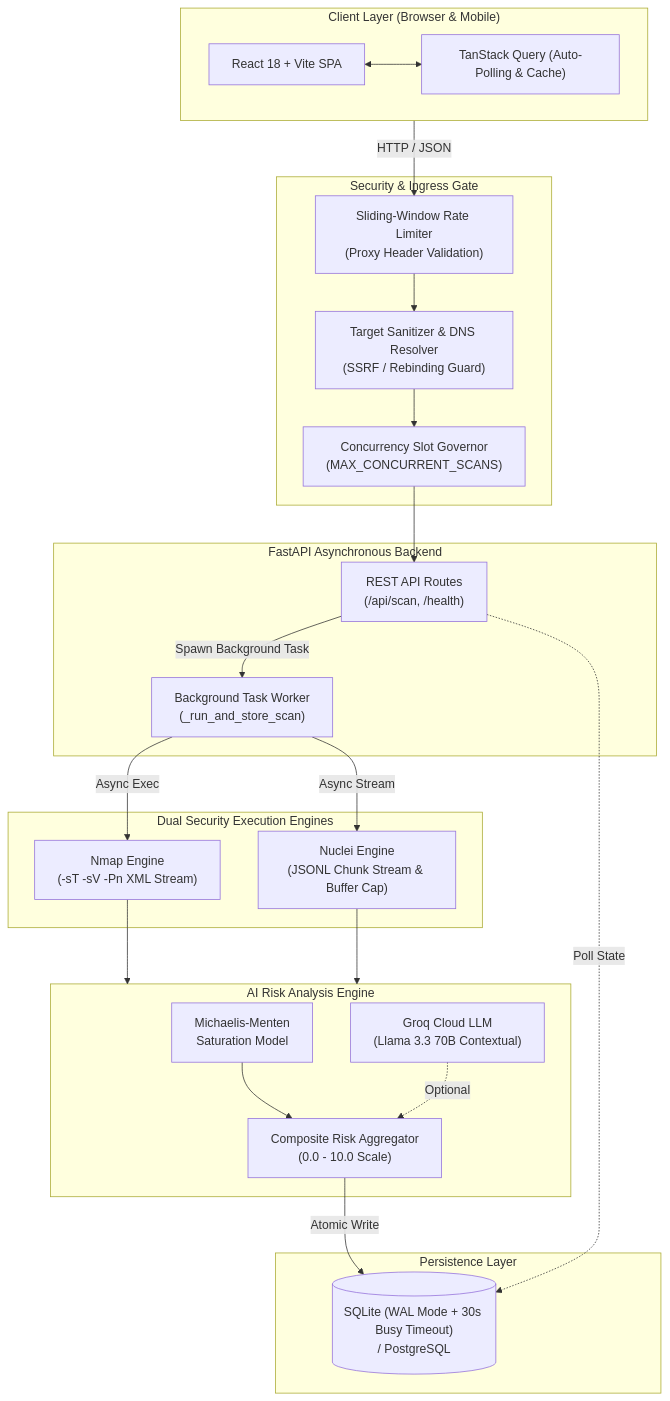
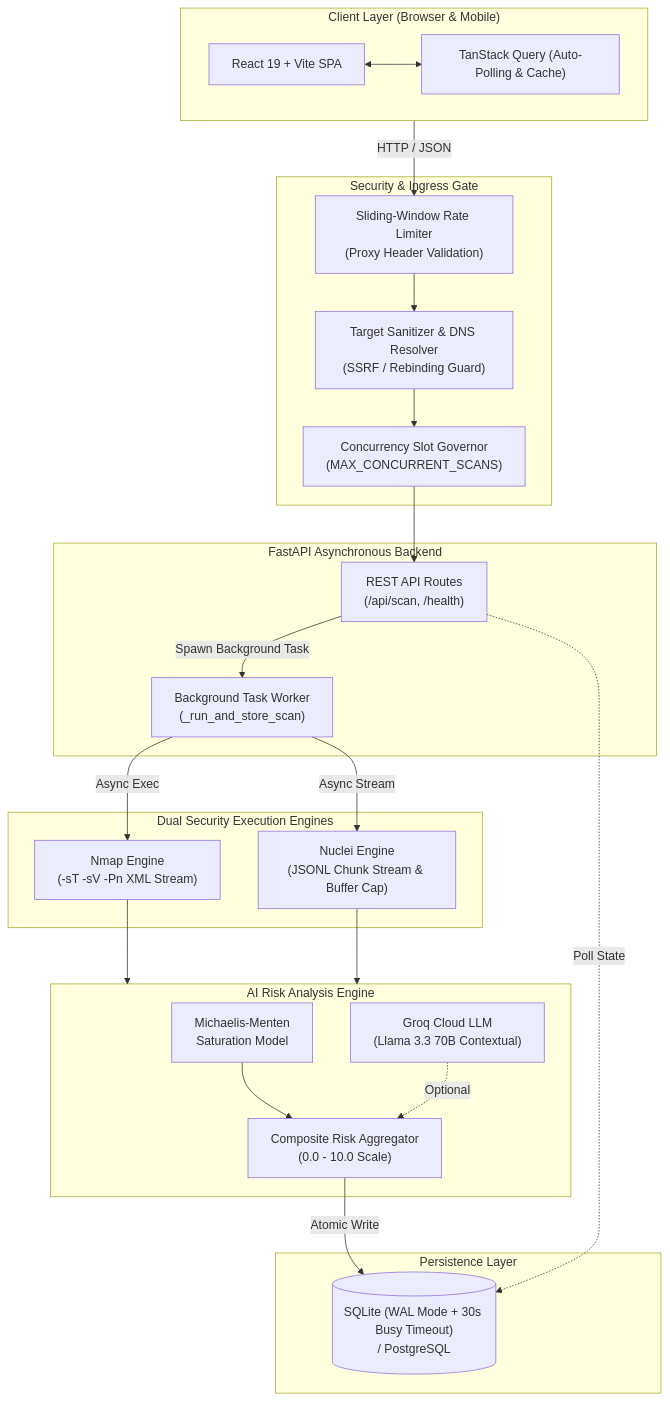
One commit to prithvi-01x/XenoraSec changed the first of 2 diagrams in README.md. Above: the diagram before and after it, drawn with Mermaid. The commit also changed other lines of this file, not shown here.

Commit message:
docs(readme): update React 19 version, test suite count, and container hardening notes

````diff
--- a/README.md
+++ b/README.md
@@ -59,48 +59,48 @@
 ```mermaid
 flowchart TB
     subgraph Client ["Client Layer (Browser & Mobile)"]
-        UI["React 18 + Vite SPA"]
+        UI["React 19 + Vite SPA"]
         TQ["TanStack Query (Auto-Polling & Cache)"]
         UI <--> TQ
     end
 
     subgraph SecurityGate ["Security & Ingress Gate"]
         RL["Sliding-Window Rate Limiter\n(Proxy Header Validation)"]
         VAL["Target Sanitizer & DNS Resolver\n(SSRF / Rebinding Guard)"]
         SEM["Concurrency Slot Governor\n(MAX_CONCURRENT_SCANS)"]
     end
 
     subgraph Core ["FastAPI Asynchronous Backend"]
         ROUTER["REST API Routes\n(/api/scan, /health)"]
         TASK["Background Task Worker\n(_run_and_store_scan)"]
     end
 
     subgraph Engines ["Dual Security Execution Engines"]
         NMAP["Nmap Engine\n(-sT -sV -Pn XML Stream)"]
         NUCLEI["Nuclei Engine\n(JSONL Chunk Stream & Buffer Cap)"]
     end
 
     subgraph Analysis ["AI Risk Analysis Engine"]
         HEUR["Michaelis-Menten\nSaturation Model"]
         GROQ["Groq Cloud LLM\n(Llama 3.3 70B Contextual)"]
         AGG["Composite Risk Aggregator\n(0.0 - 10.0 Scale)"]
     end
 
     subgraph Database ["Persistence Layer"]
         DB[("SQLite (WAL Mode + 30s Busy Timeout)\n/ PostgreSQL")]
     end
 
     Client -->|HTTP / JSON| RL
     RL --> VAL
     VAL --> SEM
     SEM --> ROUTER
     ROUTER -->|Spawn Background Task| TASK
     TASK -->|Async Exec| NMAP
     TASK -->|Async Stream| NUCLEI
     NMAP --> Analysis
     NUCLEI --> Analysis
     HEUR --> AGG
     GROQ -.->|Optional| AGG
     AGG -->|Atomic Write| DB
     ROUTER -.->|Poll State| DB
 ```
````
